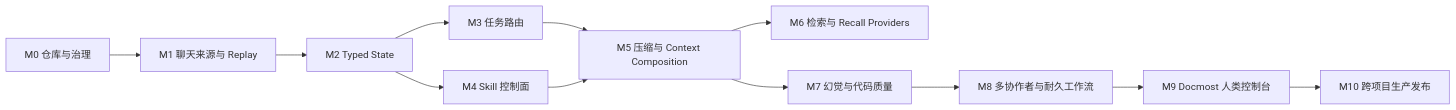
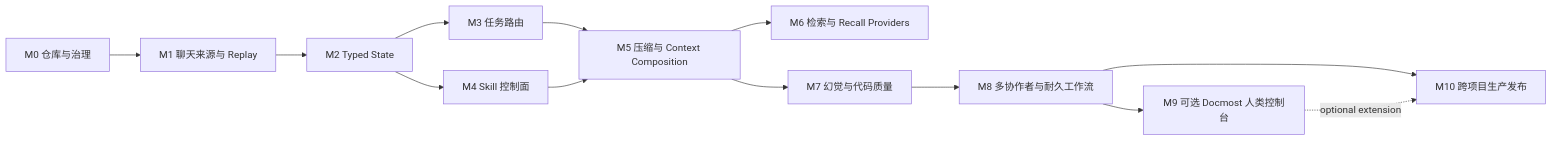
The diagram in MASTER.md (skyhua0224/continuity-plane), drawn with Mermaid before and after one commit. The commit also changed other lines of this file and 13 other files, not shown here.

````diff
--- a/MASTER.md
+++ b/MASTER.md
@@ -122,14 +123,15 @@
 ```mermaid
 flowchart LR
     M0["M0 仓库与治理"] --> M1["M1 聊天来源与 Replay"]
     M1 --> M2["M2 Typed State"]
     M2 --> M3["M3 任务路由"]
     M2 --> M4["M4 Skill 控制面"]
     M3 --> M5["M5 压缩与 Context Composition"]
     M4 --> M5
     M5 --> M6["M6 检索与 Recall Providers"]
     M5 --> M7["M7 幻觉与代码质量"]
     M7 --> M8["M8 多协作者与耐久工作流"]
-    M8 --> M9["M9 Docmost 人类控制台"]
-    M9 --> M10["M10 跨项目生产发布"]
+    M8 --> M10["M10 跨项目生产发布"]
+    M8 --> M9["M9 可选 Docmost 人类控制台"]
+    M9 -. optional extension .-> M10
 ```
````
